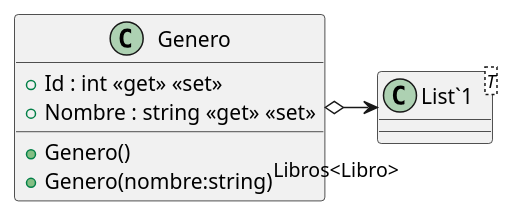
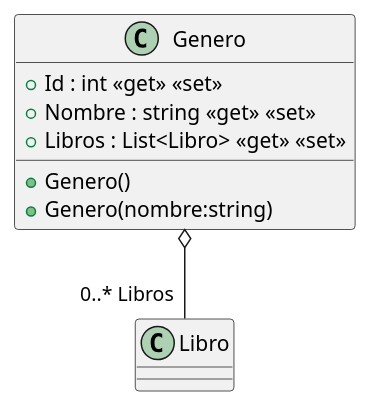
Before and after one commit to ISII2627DDNProject/ISII2627DDNProject: the diagram in src/AppForSEII.API/ClassDiagram/Genero.puml, drawn with PlantUML. The commit also changed 11 other files, not shown here.

Commit message:
Creación del diagramde de clases del CU2: Reponer libros

```diff
--- a/src/AppForSEII.API/ClassDiagram/Genero.puml
+++ b/src/AppForSEII.API/ClassDiagram/Genero.puml
@@ -1,11 +1,11 @@
 @startuml
 class Genero {
     + Genero()
     + Genero(nombre:string)
     + Id : int <<get>> <<set>>
     + Nombre : string <<get>> <<set>>
+    + Libros : List<Libro> <<get>> <<set>>
 }
-class "List`1"<T> {
-}
-Genero o-> "Libros<Libro>" "List`1"
+
+Genero o-- "0..* Libros" "Libro"
 @enduml
```
